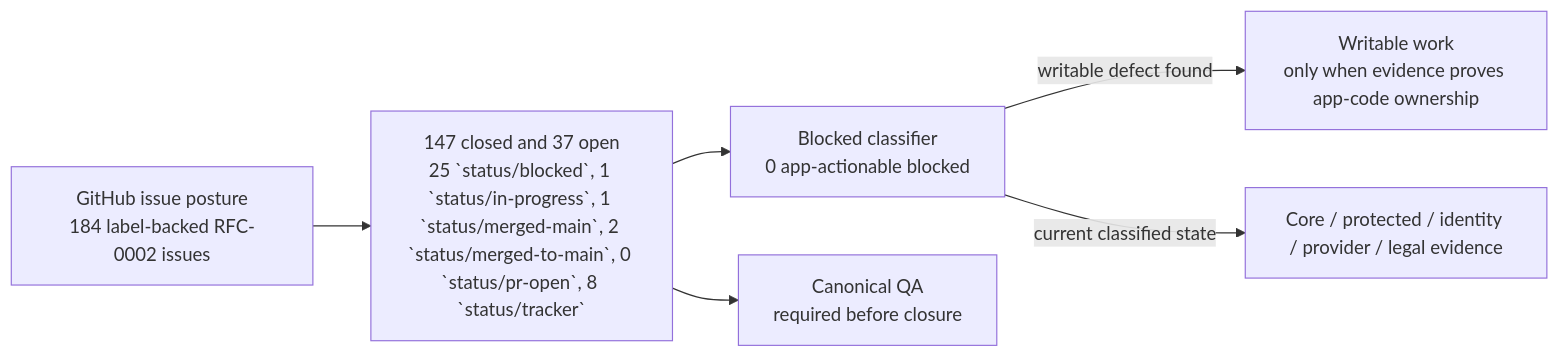
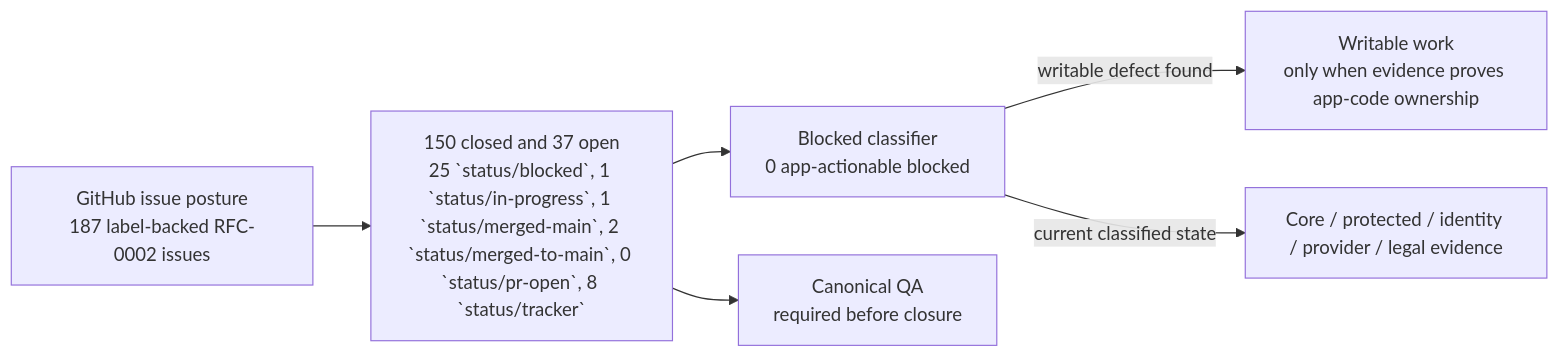
Before and after one commit to sgajbi/lotus-idea: the first of 2 diagrams in wiki/RFC-0002-Execution-Status.md, drawn with Mermaid. The commit also changed other lines of this file and 8 other files, not shown here.

Commit message:
docs: sync rfc0002 issue posture truth

````diff
--- a/wiki/RFC-0002-Execution-Status.md
+++ b/wiki/RFC-0002-Execution-Status.md
@@ -39,15 +39,15 @@
 ```mermaid
 flowchart LR
-    Issues["GitHub issue posture<br/>184 label-backed RFC-0002 issues"]
-    Open["147 closed and 37 open<br/>25 `status/blocked`, 1 `status/in-progress`, 1 `status/merged-main`, 2 `status/merged-to-main`, 0 `status/pr-open`, 8 `status/tracker`"]
+    Issues["GitHub issue posture<br/>187 label-backed RFC-0002 issues"]
+    Open["150 closed and 37 open<br/>25 `status/blocked`, 1 `status/in-progress`, 1 `status/merged-main`, 2 `status/merged-to-main`, 0 `status/pr-open`, 8 `status/tracker`"]
     Blocked["Blocked classifier<br/>0 app-actionable blocked"]
     Work["Writable work<br/>only when evidence proves app-code ownership"]
     External["Core / protected / identity / provider / legal evidence"]
     QA["Canonical QA<br/>required before closure"]
 
     Issues --> Open
     Open --> Blocked
     Blocked -->|"writable defect found"| Work
     Blocked -->|"current classified state"| External
     Open --> QA
 ```
````
